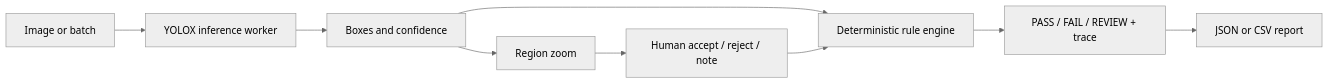
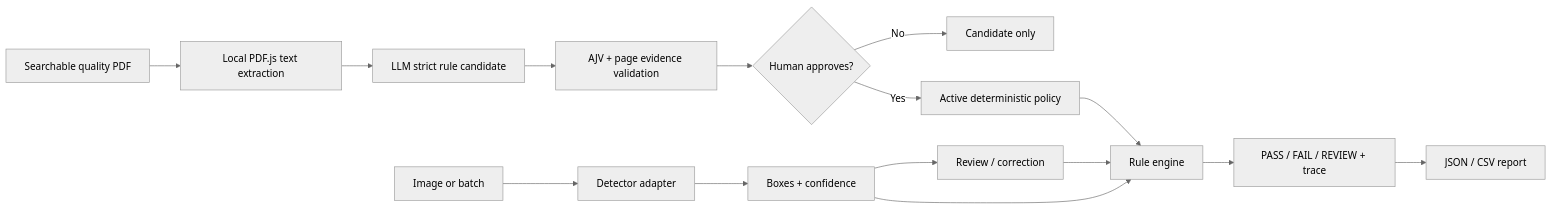
One commit to ibrohimgets/visual-inspection-studio changed the diagram in README.md. Above: the diagram before and after it, drawn with Mermaid (neutral theme). The commit also changed other lines of this file and 27 other files, not shown here.

Commit message:
feat: add governed PDF rule extraction

````diff
--- a/README.md
+++ b/README.md
@@ -35,11 +43,17 @@
 ```mermaid
 flowchart LR
-  A[Image or batch] --> B[YOLOX inference worker]
-  B --> C[Boxes and confidence]
-  C --> D[Deterministic rule engine]
-  C --> E[Region zoom]
-  E --> F[Human accept / reject / note]
-  F --> D
-  D --> G[PASS / FAIL / REVIEW + trace]
-  G --> H[JSON or CSV report]
+  P[Searchable quality PDF] --> X[Local PDF.js text extraction]
+  X --> L[LLM strict rule candidate]
+  L --> V[AJV + page evidence validation]
+  V --> A{Human approves?}
+  A -- No --> Q[Candidate only]
+  A -- Yes --> R[Active deterministic policy]
+  I[Image or batch] --> D[Detector adapter]
+  D --> F[Boxes + confidence]
+  F --> U[Review / correction]
+  F --> E[Rule engine]
+  U --> E
+  R --> E
+  E --> O[PASS / FAIL / REVIEW + trace]
+  O --> Z[JSON / CSV report]
 ```
````
